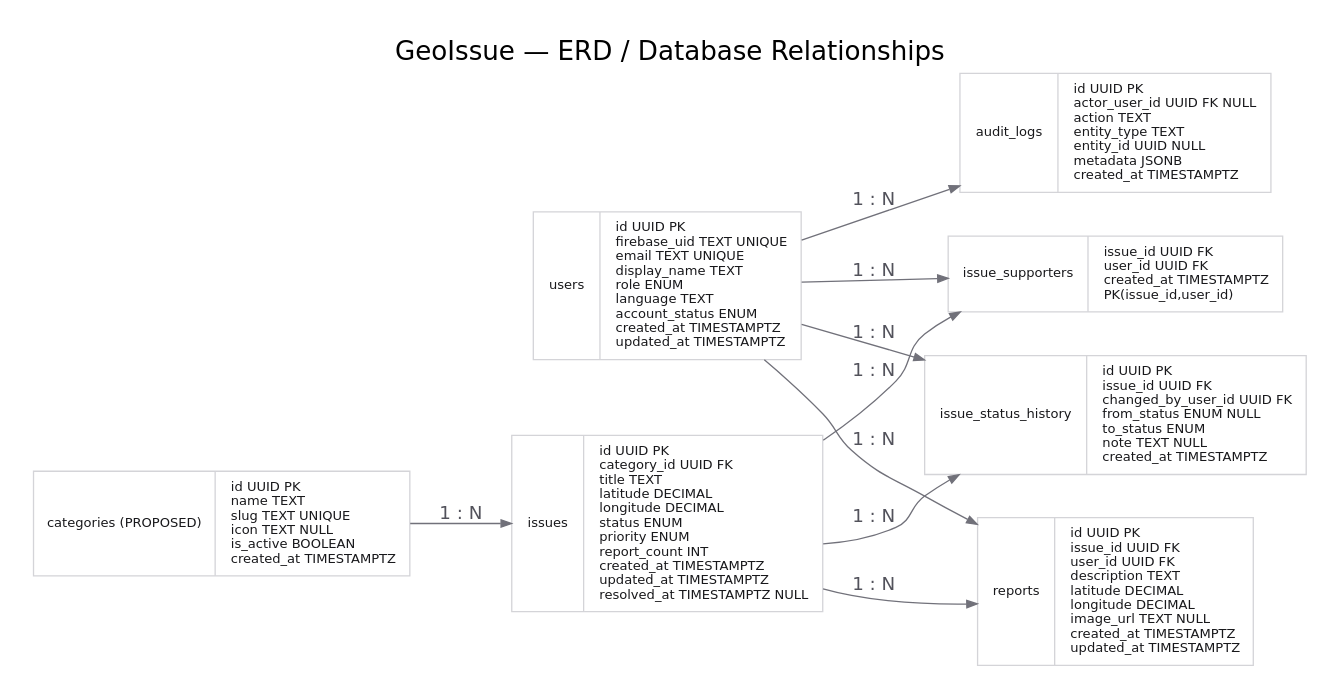
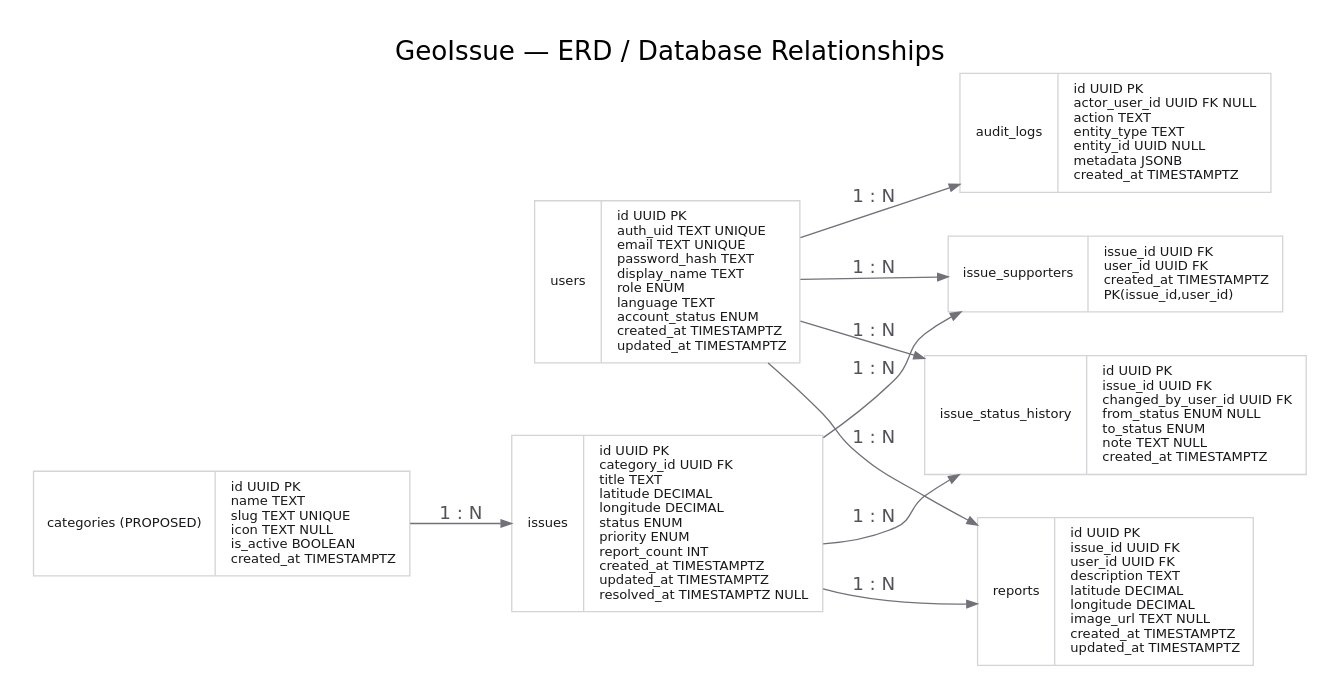
The diagram in docs/reference/diagrams/08_ERD_Database_Relationships.dot (ff7hpp/GeoIssue), drawn with Graphviz before and after one commit. The commit also changed 56 other files, not shown here.

```diff
--- a/docs/reference/diagrams/08_ERD_Database_Relationships.dot
+++ b/docs/reference/diagrams/08_ERD_Database_Relationships.dot
@@ -1,24 +1,24 @@
 digraph G {
 
     graph [fontname="DejaVu Sans", bgcolor="white", pad="0.25", nodesep="0.45", ranksep="0.60"];
     node  [fontname="DejaVu Sans", shape=box, style="rounded,filled", fillcolor="#FAFAFA", color="#D4D4D8", fontcolor="#18181B", margin="0.16,0.10"];
     edge  [fontname="DejaVu Sans", color="#71717A", fontcolor="#52525B", arrowsize="0.8"];
 
 rankdir=LR; labelloc="t"; label="GeoIssue — ERD / Database Relationships"; fontsize=20;
 node [shape=record, style="filled", fillcolor="#FFFFFF", color="#D4D4D8", fontname="DejaVu Sans", fontsize=10];
-users [label="{users|id UUID PK\lfirebase_uid TEXT UNIQUE\lemail TEXT UNIQUE\ldisplay_name TEXT\lrole ENUM\llanguage TEXT\laccount_status ENUM\lcreated_at TIMESTAMPTZ\lupdated_at TIMESTAMPTZ\l}"];
+users [label="{users|id UUID PK\lauth_uid TEXT UNIQUE\lemail TEXT UNIQUE\lpassword_hash TEXT\ldisplay_name TEXT\lrole ENUM\llanguage TEXT\laccount_status ENUM\lcreated_at TIMESTAMPTZ\lupdated_at TIMESTAMPTZ\l}"];
 categories [label="{categories (PROPOSED)|id UUID PK\lname TEXT\lslug TEXT UNIQUE\licon TEXT NULL\lis_active BOOLEAN\lcreated_at TIMESTAMPTZ\l}"];
 issues [label="{issues|id UUID PK\lcategory_id UUID FK\ltitle TEXT\llatitude DECIMAL\llongitude DECIMAL\lstatus ENUM\lpriority ENUM\lreport_count INT\lcreated_at TIMESTAMPTZ\lupdated_at TIMESTAMPTZ\lresolved_at TIMESTAMPTZ NULL\l}"];
 reports [label="{reports|id UUID PK\lissue_id UUID FK\luser_id UUID FK\ldescription TEXT\llatitude DECIMAL\llongitude DECIMAL\limage_url TEXT NULL\lcreated_at TIMESTAMPTZ\lupdated_at TIMESTAMPTZ\l}"];
 supporters [label="{issue_supporters|issue_id UUID FK\luser_id UUID FK\lcreated_at TIMESTAMPTZ\lPK(issue_id,user_id)\l}"];
 history [label="{issue_status_history|id UUID PK\lissue_id UUID FK\lchanged_by_user_id UUID FK\lfrom_status ENUM NULL\lto_status ENUM\lnote TEXT NULL\lcreated_at TIMESTAMPTZ\l}"];
 audit [label="{audit_logs|id UUID PK\lactor_user_id UUID FK NULL\laction TEXT\lentity_type TEXT\lentity_id UUID NULL\lmetadata JSONB\lcreated_at TIMESTAMPTZ\l}"];
 categories -> issues [label="1 : N"];
 issues -> reports [label="1 : N"];
 users -> reports [label="1 : N"];
 issues -> supporters [label="1 : N"];
 users -> supporters [label="1 : N"];
 issues -> history [label="1 : N"];
 users -> history [label="1 : N"];
 users -> audit [label="1 : N"];
 }
```
